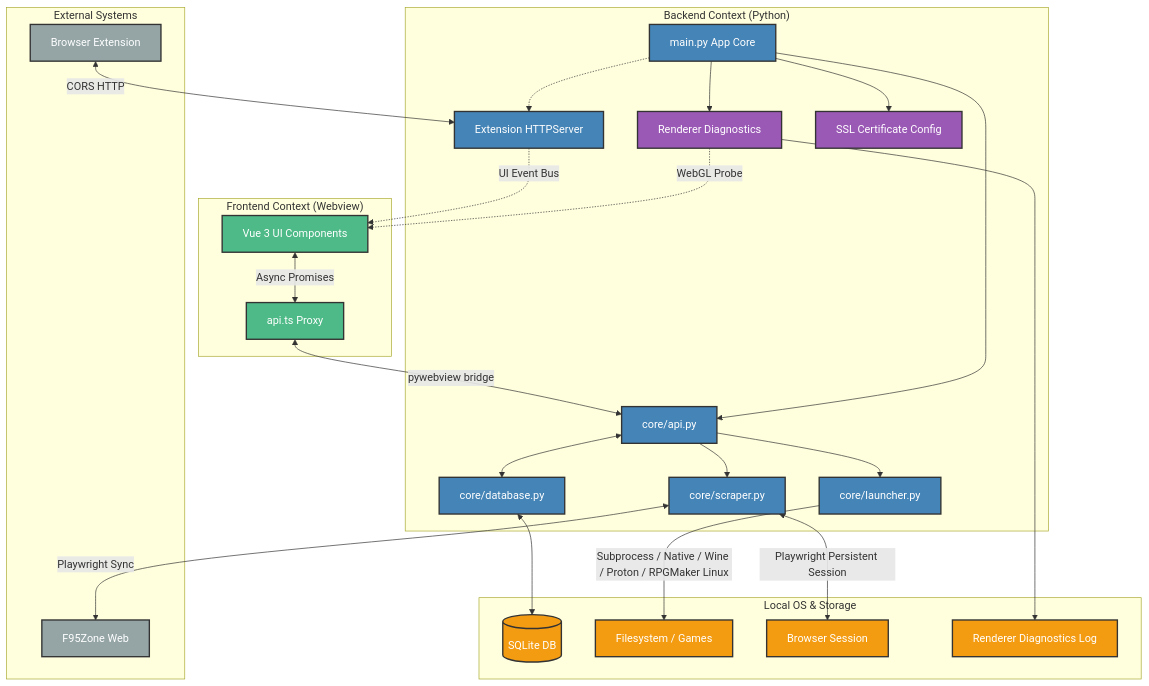
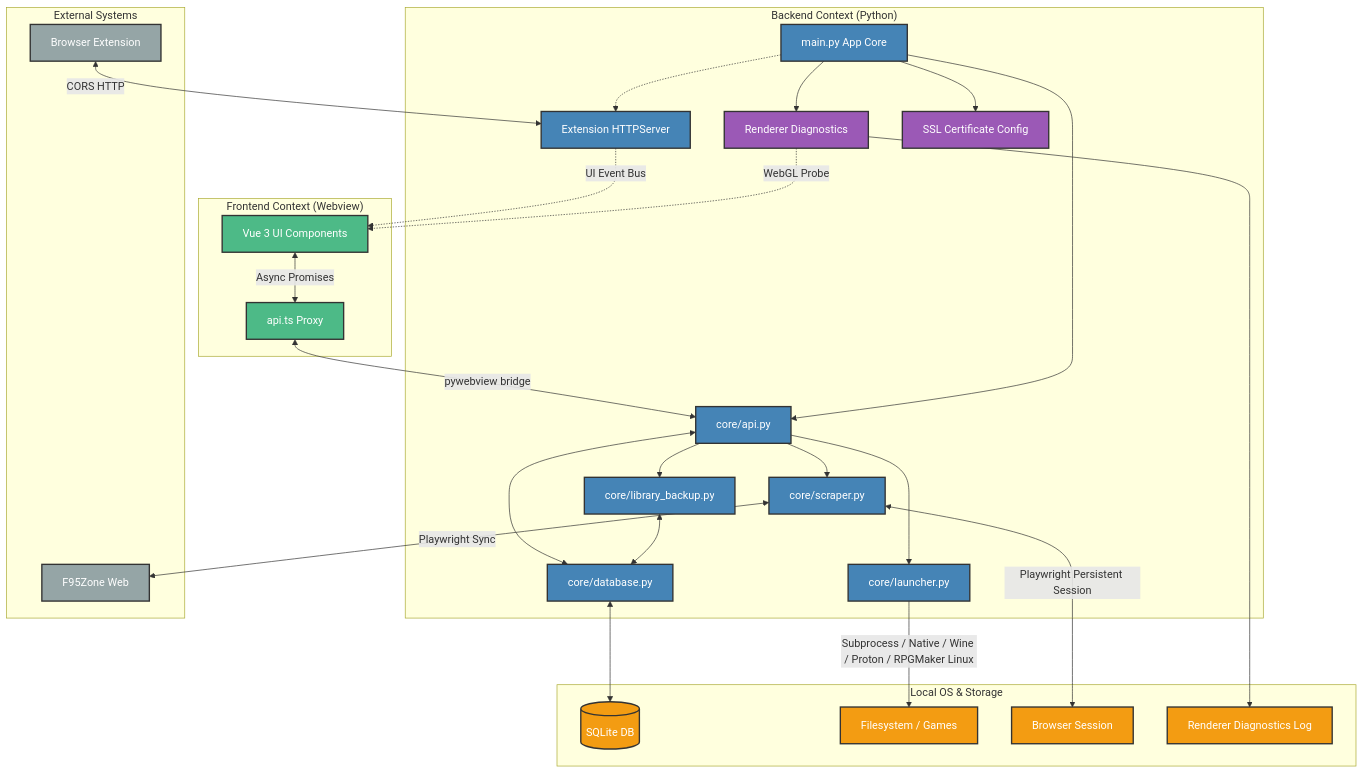
Before and after one commit to kirin-3/wLib: the diagram in docs/architecture.md, drawn with Mermaid. The commit also changed 11 other files, not shown here.

First line of the commit message:
feat: add dedicated JSON library backup route

````diff
--- a/docs/architecture.md
+++ b/docs/architecture.md
@@ -7,61 +7,64 @@
 ```mermaid
 flowchart TD
     %% Define Styles
     classDef frontend fill:#4dba87,stroke:#333,stroke-width:2px,color:#fff;
     classDef backend fill:#4584b6,stroke:#333,stroke-width:2px,color:#fff;
     classDef storage fill:#f39c12,stroke:#333,stroke-width:2px,color:#fff;
     classDef external fill:#95a5a6,stroke:#333,stroke-width:2px,color:#fff;
     classDef diagnostics fill:#9b59b6,stroke:#333,stroke-width:2px,color:#fff;
 
     %% Components
     subgraph "Frontend Context (Webview)"
         UI[Vue 3 UI Components]:::frontend
         API_TS[api.ts Proxy]:::frontend
     end
 
     subgraph "Backend Context (Python)"
         MAIN[main.py App Core]:::backend
         API_PY[core/api.py]:::backend
         DB[core/database.py]:::backend
+        BACKUP[core/library_backup.py]:::backend
         SCRAPER[core/scraper.py]:::backend
         LAUNCHER[core/launcher.py]:::backend
         EXT_SERVER[Extension HTTPServer]:::backend
         RENDERER[Renderer Diagnostics]:::diagnostics
         SSL[SSL Certificate Config]:::diagnostics
     end
 
     subgraph "Local OS & Storage"
         SQLITE[(SQLite DB)]:::storage
         FS[Filesystem / Games]:::storage
         BROWSER_SESSION[Browser Session]:::storage
         DIAG_LOG[Renderer Diagnostics Log]:::storage
     end
 
     subgraph "External Systems"
         F95[F95Zone Web]:::external
         EXT[Browser Extension]:::external
     end
 
     %% Flow
     UI <-->|Async Promises| API_TS
     API_TS <-->|pywebview bridge| API_PY
     
     API_PY <--> DB
+    API_PY --> BACKUP
+    BACKUP <--> DB
     API_PY --> SCRAPER
     API_PY --> LAUNCHER
     MAIN --> API_PY
     MAIN -.-> EXT_SERVER
     MAIN --> RENDERER
     MAIN --> SSL
 
     DB <--> SQLITE
     SCRAPER <-->|Playwright Persistent Session| BROWSER_SESSION
     SCRAPER <-->|Playwright Sync| F95
     LAUNCHER -->|Subprocess / Native / Wine / Proton / RPGMaker Linux| FS
     
     EXT <-->|CORS HTTP| EXT_SERVER
     EXT_SERVER -.->|UI Event Bus| UI
     
     RENDERER --> DIAG_LOG
     RENDERER -.->|WebGL Probe| UI
 ```
````
